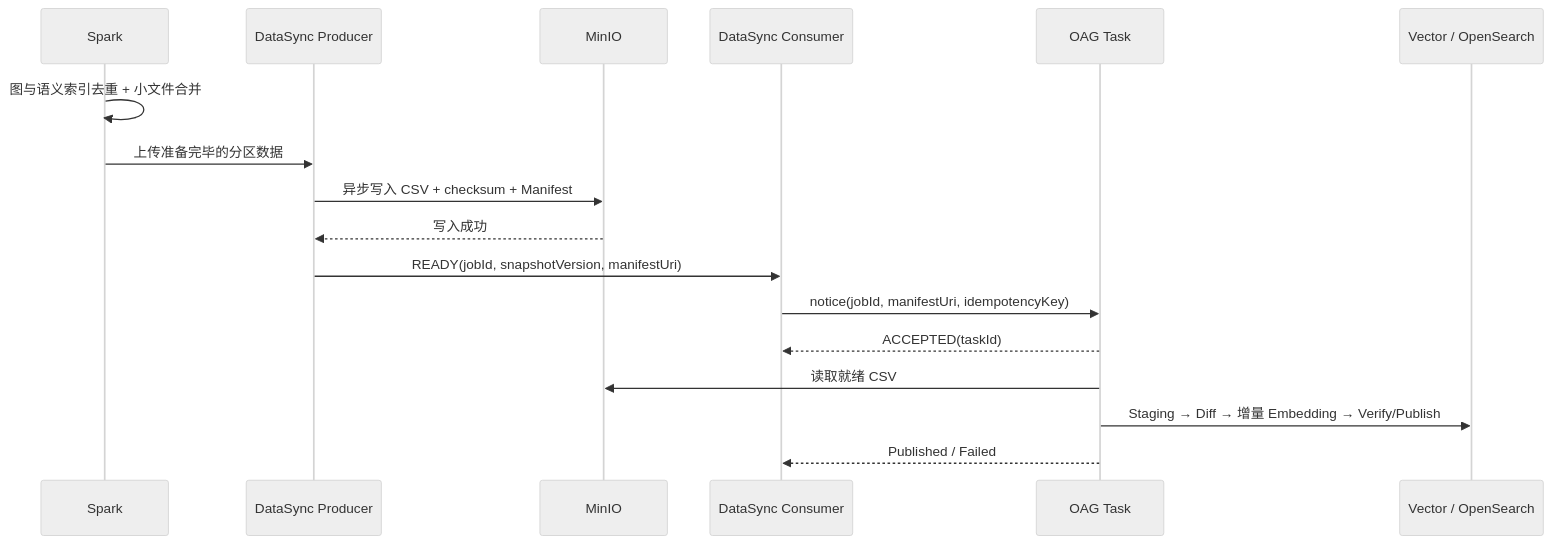
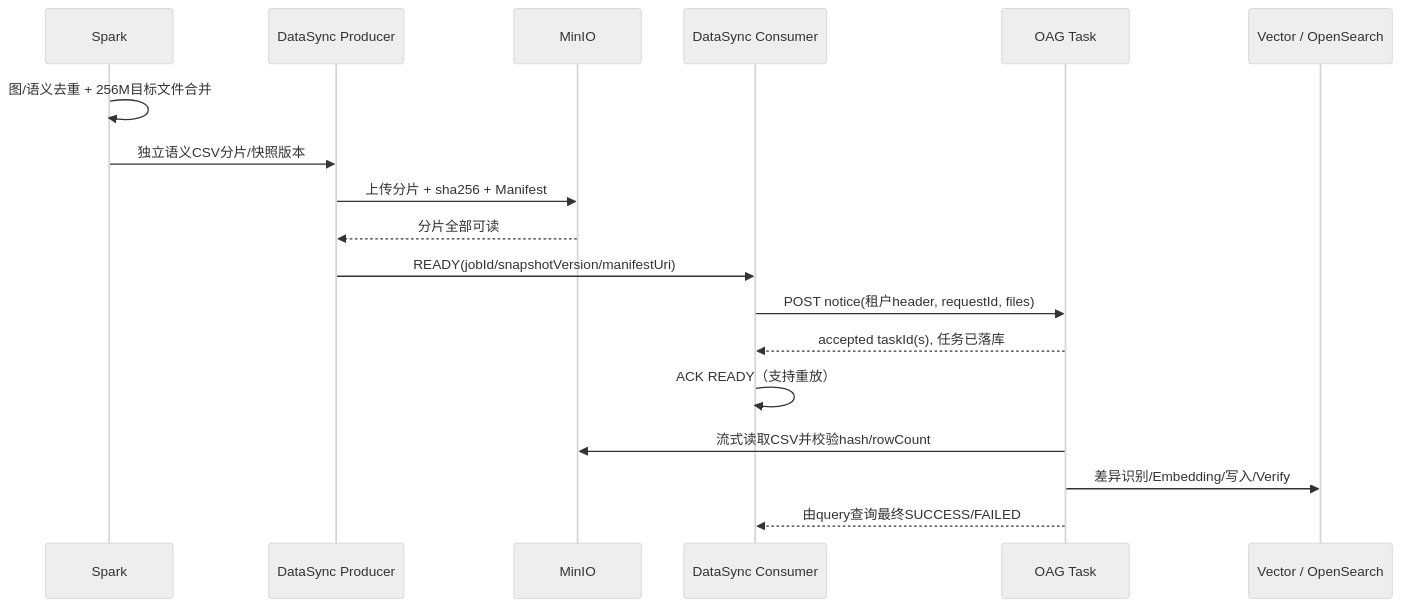
One commit to cfwl100/onology_dsl changed the second of 3 diagrams in docs/Agentic Operation Center 27.3.0 功能设计说明书（IRxxx 软件Q4需求）.md. Above: the diagram before and after it, drawn with Mermaid (neutral theme). The commit also changed other lines of this file, not shown here.

Commit message:
docs: TODO阶段2 保留六组历史性能数据并设计1000万全量验证与Spark/DataSync闭环

````diff
--- a/docs/Agentic Operation Center 27.3.0 功能设计说明书（IRxxx 软件Q4需求）.md
+++ b/docs/Agentic Operation Center 27.3.0 功能设计说明书（IRxxx 软件Q4需求）.md
@@ -244,19 +244,20 @@
 ```mermaid
 sequenceDiagram
-    participant S as Spark
-    participant P as DataSync Producer
-    participant M as MinIO
-    participant C as DataSync Consumer
-    participant O as OAG Task
-    participant DB as Vector / OpenSearch
-    S->>S: 图与语义索引去重 + 小文件合并
-    S->>P: 上传准备完毕的分区数据
-    P->>M: 异步写入 CSV + checksum + Manifest
-    M-->>P: 写入成功
-    P->>C: READY(jobId, snapshotVersion, manifestUri)
-    C->>O: notice(jobId, manifestUri, idempotencyKey)
-    O-->>C: ACCEPTED(taskId)
-    O->>M: 读取就绪 CSV
-    O->>DB: Staging → Diff → 增量 Embedding → Verify/Publish
-    O-->>C: Published / Failed
+  participant S as Spark
+  participant P as DataSync Producer
+  participant M as MinIO
+  participant C as DataSync Consumer
+  participant O as OAG Task
+  participant V as Vector / OpenSearch
+  S->>S: 图/语义去重 + 256M目标文件合并
+  S->>P: 独立语义CSV分片/快照版本
+  P->>M: 上传分片 + sha256 + Manifest
+  M-->>P: 分片全部可读
+  P->>C: READY(jobId/snapshotVersion/manifestUri)
+  C->>O: POST notice(租户header, requestId, files)
+  O-->>C: accepted taskId(s), 任务已落库
+  C->>C: ACK READY（支持重放）
+  O->>M: 流式读取CSV并校验hash/rowCount
+  O->>V: 差异识别/Embedding/写入/Verify
+  O-->>C: 由query查询最终SUCCESS/FAILED
 ```
````
